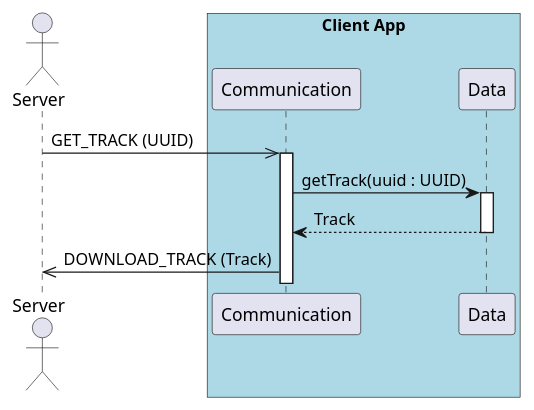
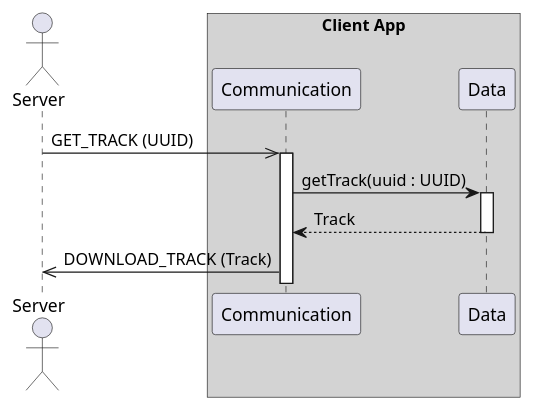
The diagram in sequence/2.2.download_music_owner.puml (UTCAI12/Diagrams), drawn with PlantUML before and after one commit. The commit also changed 10 other files, not shown here.

```diff
--- a/sequence/2.2.download_music_owner.puml
+++ b/sequence/2.2.download_music_owner.puml
@@ -1,15 +1,16 @@
 @startuml 2.2 User add a music to his local library from a distant file (owner client side)
-actor Server
-box "Client App" #LightBlue
-    participant Communication as com
-    participant Data as data
+
+actor "Server" as Server
+box "Client App" #LightGray
+    participant "Communication" as com
+    participant "Data" as data
 end box
 
 
 Server ->> com++: GET_TRACK (UUID)
 com->data++: getTrack(uuid : UUID)
 return Track
 com->>Server: DOWNLOAD_TRACK (Track) 
 
 
 @enduml
```
